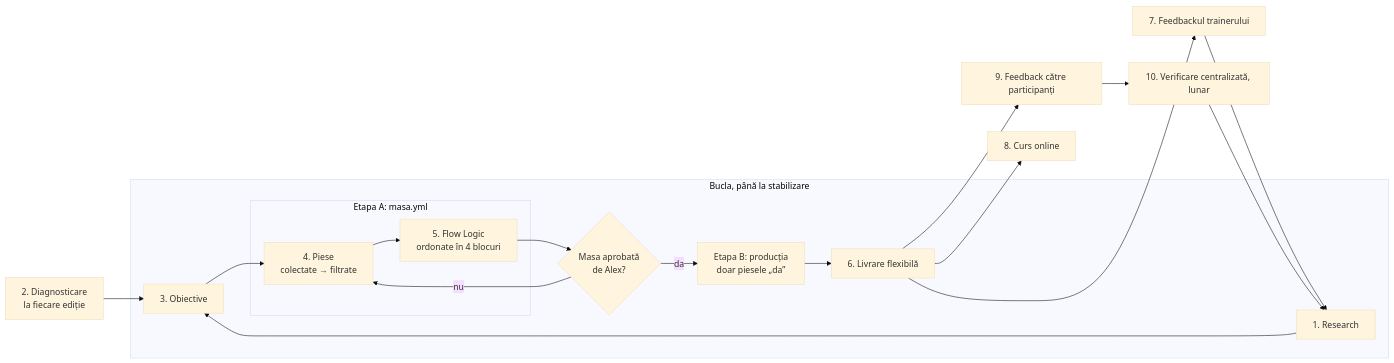
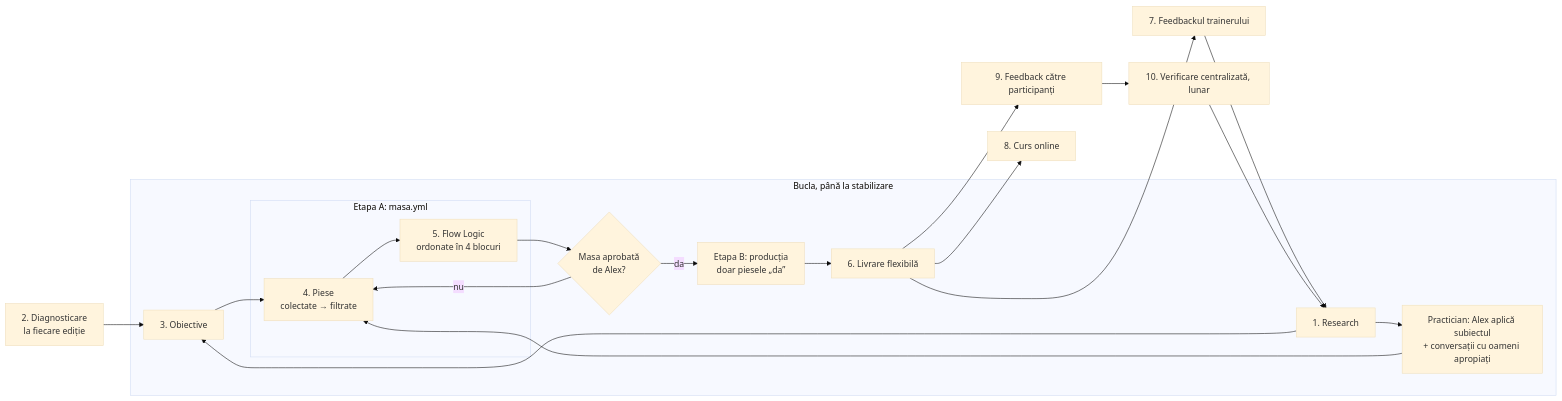
Before and after one commit to alexandrumolea/AgentsTeam: the diagram in docs/procese/curs-nou.md, drawn with Mermaid (base theme). The commit also changed other lines of this file, not shown here.

Commit message:
Proces curs nou: pasul Practician (Alex aplică subiectul și îl discută cu oameni apropiați)

````diff
--- a/docs/procese/curs-nou.md
+++ b/docs/procese/curs-nou.md
@@ -16,18 +17,20 @@
 ```mermaid
 flowchart LR
   D[2. Diagnosticare<br/>la fiecare ediție] --> O
   subgraph Bucla["Bucla, până la stabilizare"]
     R[1. Research] --> O[3. Obiective]
     subgraph A["Etapa A: masa.yml"]
       P[4. Piese<br/>colectate → filtrate] --> F[5. Flow Logic<br/>ordonate în 4 blocuri]
     end
     O --> P
+    R --> PR[Practician: Alex aplică subiectul<br/>+ conversații cu oameni apropiați]
+    PR --> P
     F --> G{Masa aprobată<br/>de Alex?}
     G -- nu --> P
     G -- da --> B[Etapa B: producția<br/>doar piesele „da”] --> L[6. Livrare flexibilă]
   end
   L --> T[7. Feedbackul trainerului] --> R
   L --> C[8. Curs online]
   L --> FP[9. Feedback către participanți] --> V[10. Verificare centralizată, lunar]
   V --> R
 ```
````
